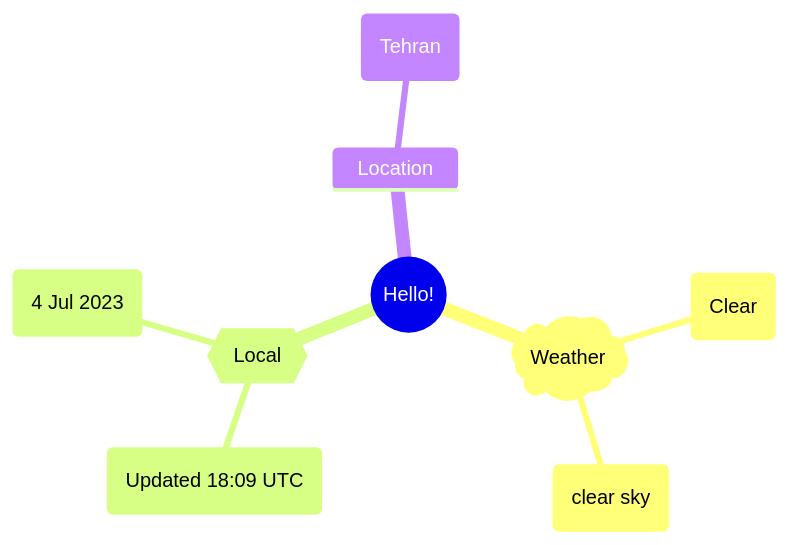
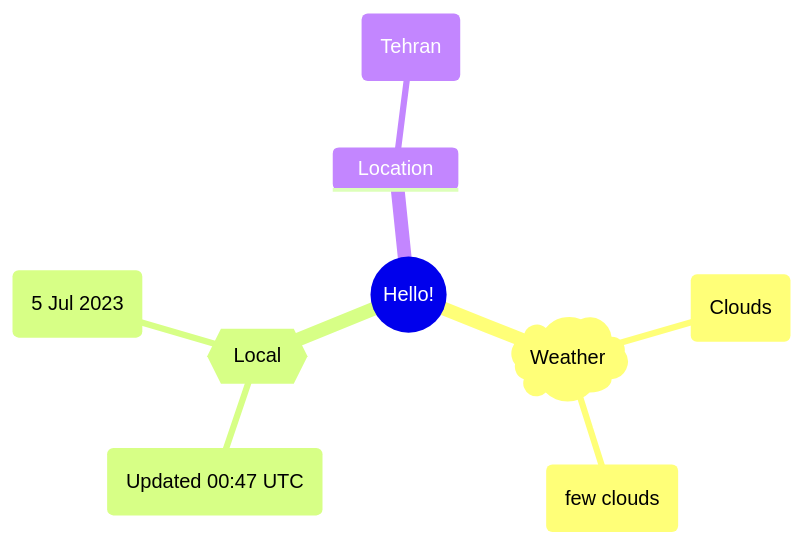
Before and after one commit to Xosrov/Xosrov: the first of 2 diagrams in README.md, drawn with Mermaid.

Commit message:
[bot] updated images

````diff
--- a/README.md
+++ b/README.md
@@ -3,12 +3,12 @@
 ```mermaid
 mindmap
   root((Hello!))
     )Weather(
-        (Clear)
-        (clear sky)
+        (Clouds)
+        (few clouds)
     {{Local}}
-        (Updated 18:09 UTC)
-        (4 Jul 2023)
+        (Updated 00:47 UTC)
+        (5 Jul 2023)
     Location
         (Tehran)
 ```
````
